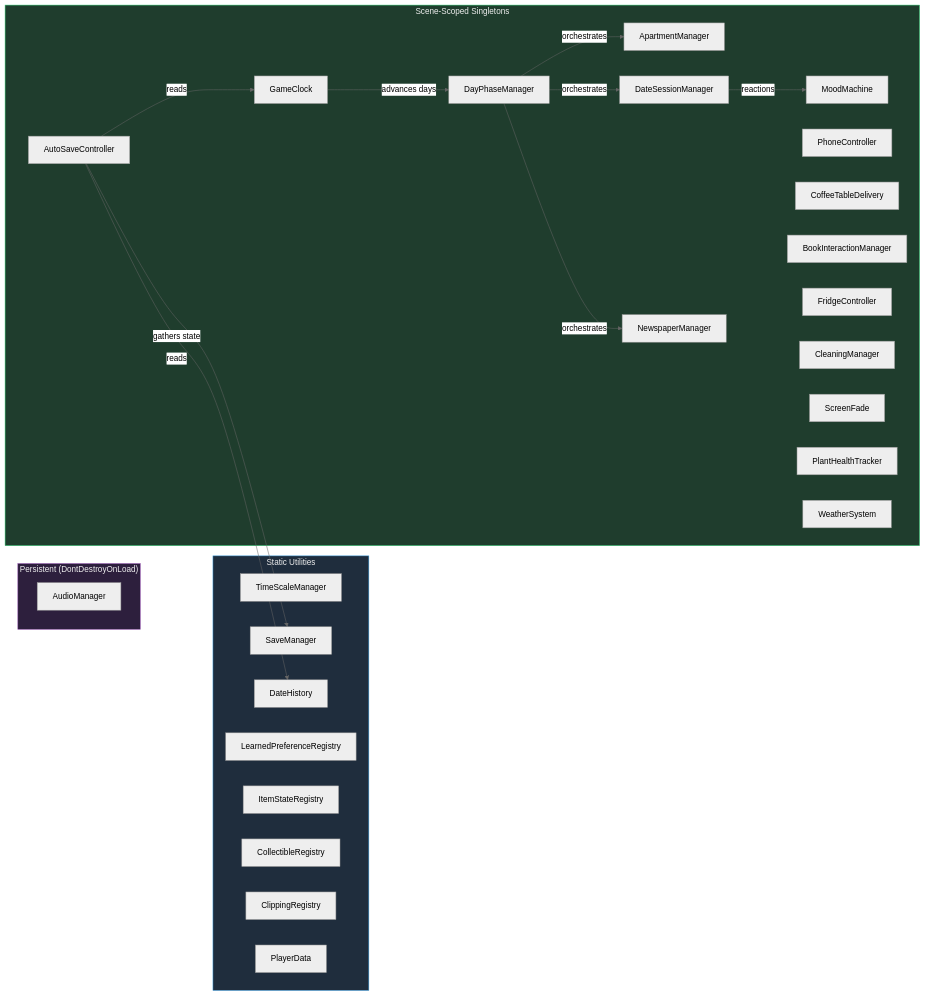
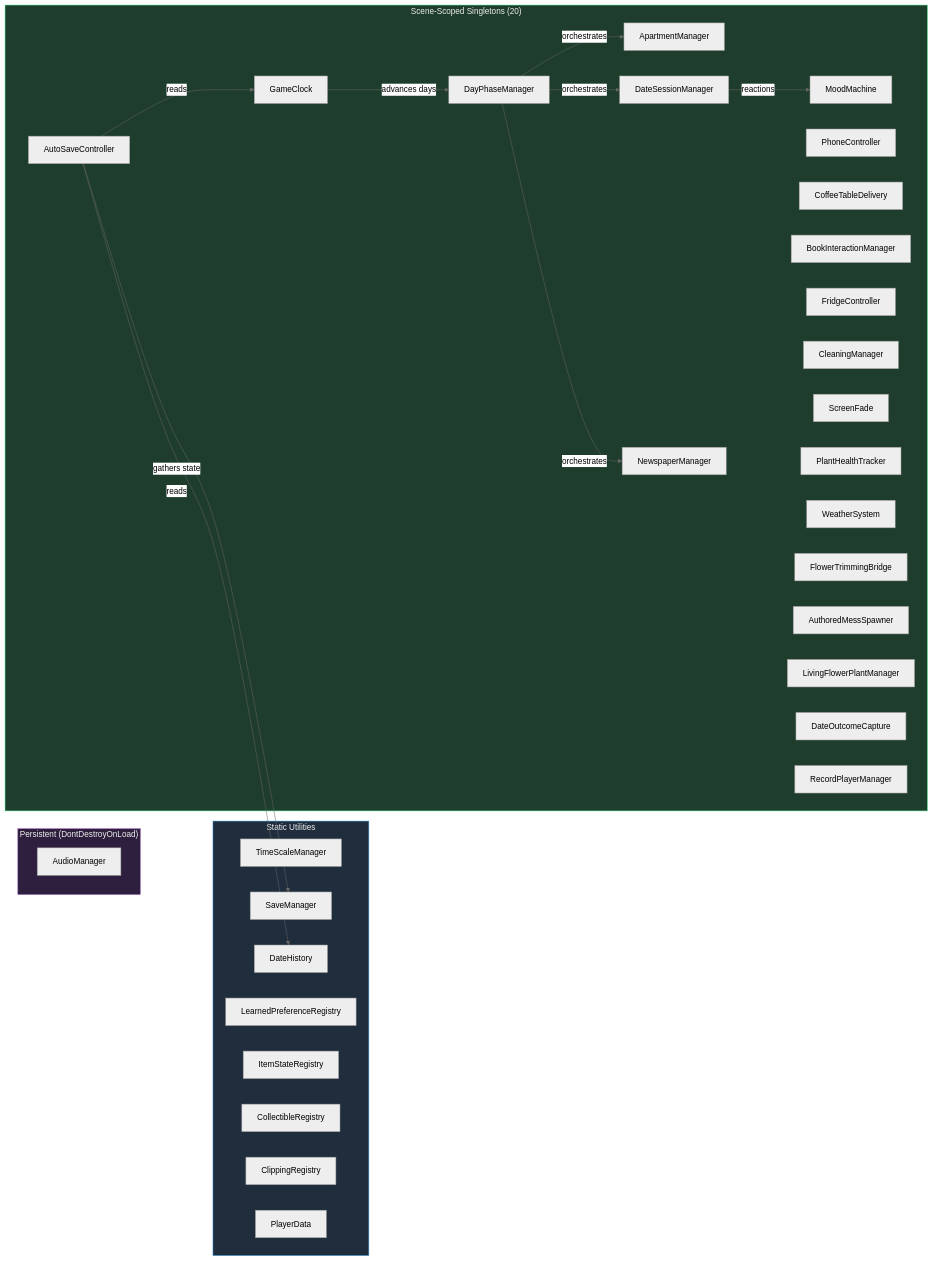
Before and after one commit to MartyChouette/iris_v3.0: the fourth of 30 diagrams in docs/IRIS_REPORT.md, drawn with Mermaid (neutral theme). The commit also changed other lines of this file and 1 other file, not shown here.

````diff
--- a/docs/IRIS_REPORT.md
+++ b/docs/IRIS_REPORT.md
@@ -201,48 +222,53 @@
 ```mermaid
 flowchart LR
     subgraph PERSISTENT["Persistent (DontDestroyOnLoad)"]
         AM["AudioManager"]
     end
 
     subgraph STATIC["Static Utilities"]
         TSM["TimeScaleManager"]
         SM["SaveManager"]
         DH["DateHistory"]
         LPR["LearnedPreferenceRegistry"]
         ISR["ItemStateRegistry"]
         CR["CollectibleRegistry"]
         CLR["ClippingRegistry"]
         PD["PlayerData"]
     end
 
-    subgraph SCENE["Scene-Scoped Singletons"]
+    subgraph SCENE["Scene-Scoped Singletons (20)"]
         APM["ApartmentManager"]
         GC["GameClock"]
         DSM["DateSessionManager"]
         DPM["DayPhaseManager"]
         MM["MoodMachine"]
         PC["PhoneController"]
         CTD["CoffeeTableDelivery"]
         BIM["BookInteractionManager"]
         NM["NewspaperManager"]
         FC["FridgeController"]
         CLM["CleaningManager"]
         SF["ScreenFade"]
         ASC["AutoSaveController"]
         PHT["PlantHealthTracker"]
         WS["WeatherSystem"]
+        FTB["FlowerTrimmingBridge"]
+        AMS["AuthoredMessSpawner"]
+        LFPM["LivingFlowerPlantManager"]
+        DOC["DateOutcomeCapture"]
+        RPM["RecordPlayerManager"]
     end
 
     DPM -->|"orchestrates"| NM
     DPM -->|"orchestrates"| APM
     DPM -->|"orchestrates"| DSM
     GC -->|"advances days"| DPM
     DSM -->|"reactions"| MM
     ASC -->|"gathers state"| SM
     ASC -->|"reads"| GC
     ASC -->|"reads"| DH
 
     style PERSISTENT fill:#2d1f3d,stroke:#9b59b6,color:#eee
     style STATIC fill:#1f2d3d,stroke:#3498db,color:#eee
     style SCENE fill:#1f3d2d,stroke:#2ecc71,color:#eee
 ```
````
